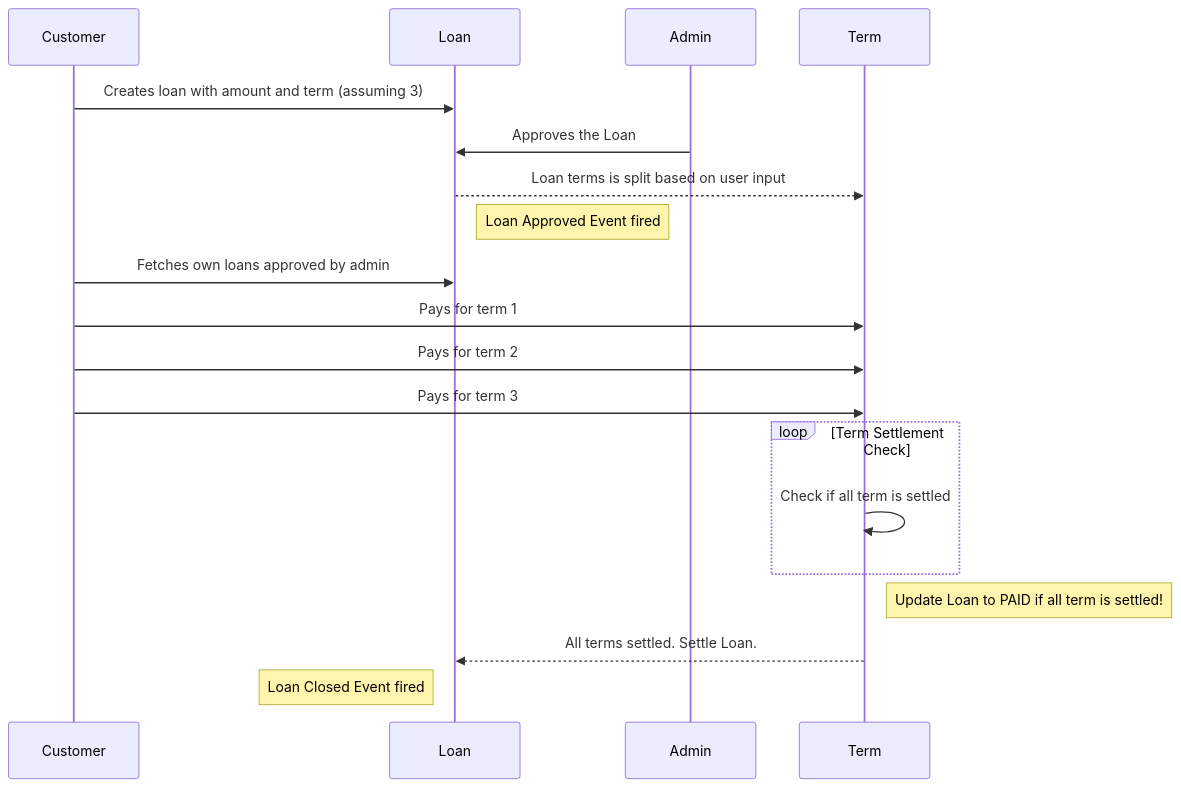
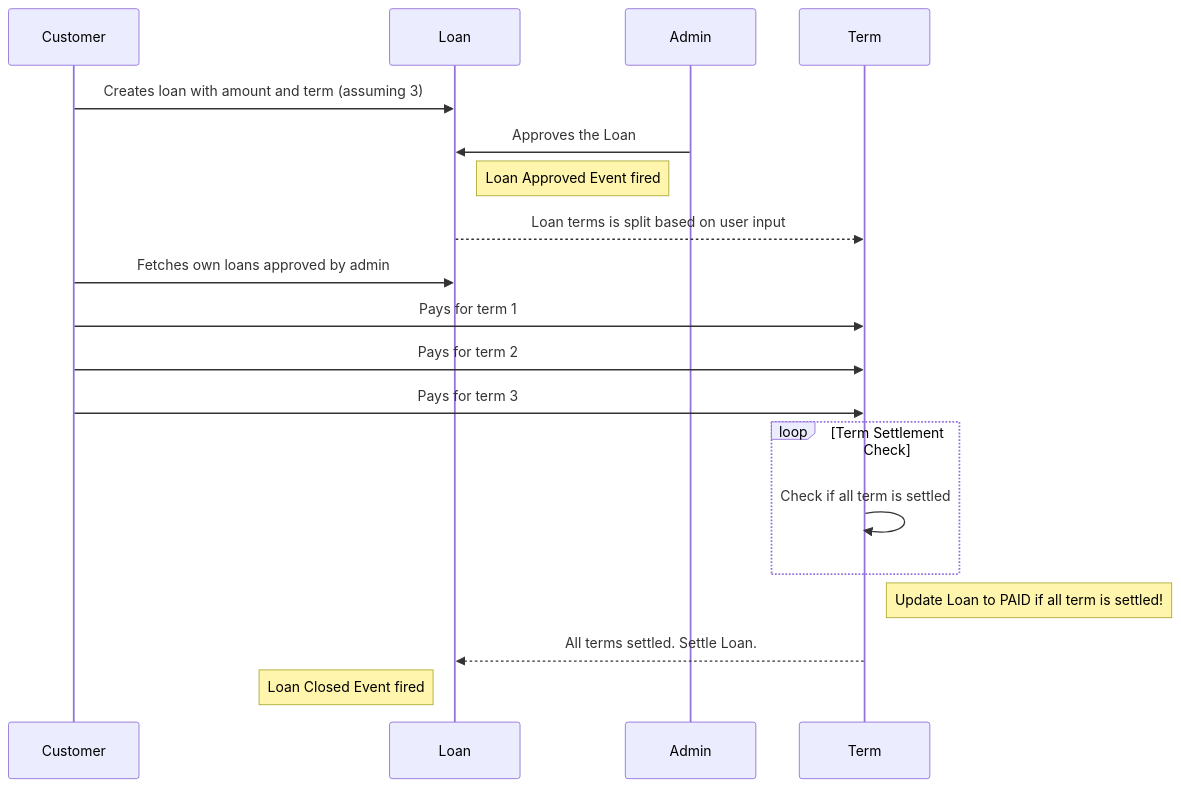
One commit to Sarav-S/aspire-code-challenge changed the diagram in README.md. Above: the diagram before and after it, drawn with Mermaid. The commit also changed other lines of this file, not shown here.

````diff
--- a/README.md
+++ b/README.md
@@ -37,18 +37,18 @@
 ```mermaid
 sequenceDiagram
 Customer ->> Loan: Creates loan with amount and term (assuming 3)
 Admin->>Loan: Approves the Loan
+Note right of Loan: Loan Approved Event fired
 Loan-->>Term: Loan terms is split based on user input
-Note right of Loan: Loan Approved Event fired
 Customer ->> Loan: Fetches own loans approved by admin
 Customer ->> Term: Pays for term 1
 Customer ->> Term: Pays for term 2
 Customer ->> Term: Pays for term 3
 loop Term Settlement Check  
  Term->>Term: Check if all term is settled
 end  
 Note right of Term: Update Loan to PAID if all term is settled!
 Term-->>Loan: All terms settled. Settle Loan.
 Note left of Loan: Loan Closed Event fired
 
 ```
````
